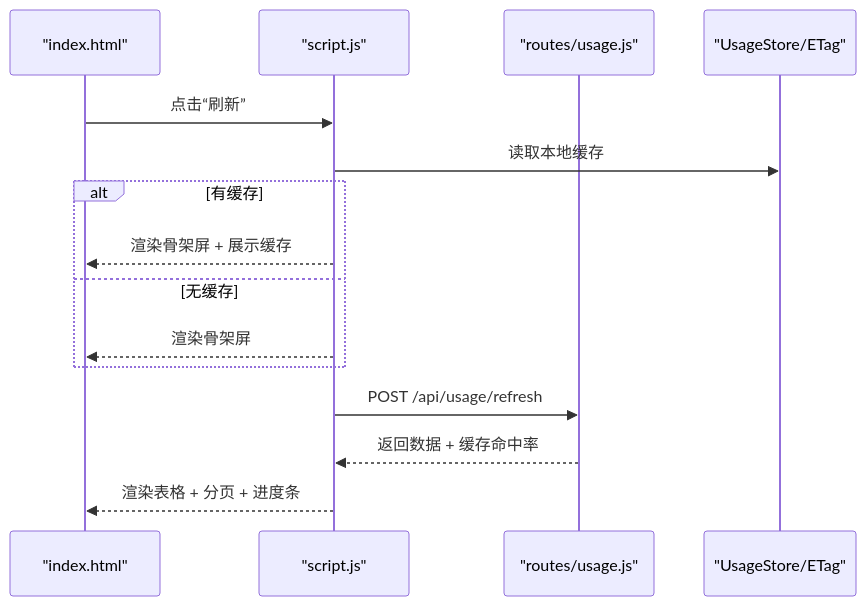
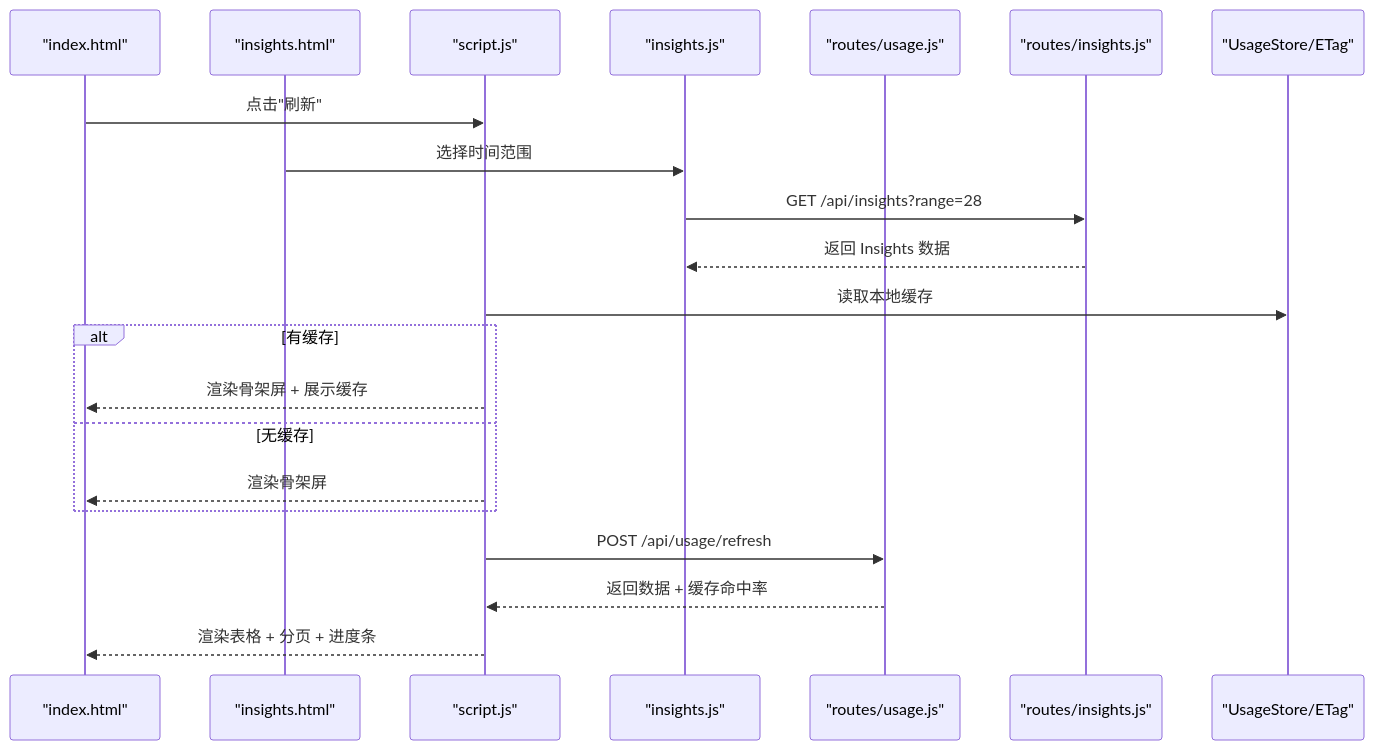
One commit to kissingwolf/CopilotEnterpriseUsageDisplay changed the tenth of 11 diagrams in .qoder/repowiki/zh/content/项目概述/项目介绍.md. Above: the diagram before and after it, drawn with Mermaid. The commit also changed other lines of this file and 4 other files, not shown here.

````diff
--- a/.qoder/repowiki/zh/content/项目概述/项目介绍.md
+++ b/.qoder/repowiki/zh/content/项目概述/项目介绍.md
@@ -322,17 +461,23 @@
 ```mermaid
 sequenceDiagram
 participant UI as "index.html"
+participant INSIGHTS as "insights.html"
 participant JS as "script.js"
+participant INSIGHTS_JS as "insights.js"
 participant API as "routes/usage.js"
+participant INSIGHTS_API as "routes/insights.js"
 participant Cache as "UsageStore/ETag"
-UI->>JS : 点击“刷新”
+UI->>JS : 点击"刷新"
+INSIGHTS->>INSIGHTS_JS : 选择时间范围
+INSIGHTS_JS->>INSIGHTS_API : GET /api/insights?range=28
+INSIGHTS_API-->>INSIGHTS_JS : 返回 Insights 数据
 JS->>Cache : 读取本地缓存
 alt 有缓存
 JS-->>UI : 渲染骨架屏 + 展示缓存
 else 无缓存
 JS-->>UI : 渲染骨架屏
 end
 JS->>API : POST /api/usage/refresh
 API-->>JS : 返回数据 + 缓存命中率
 JS-->>UI : 渲染表格 + 分页 + 进度条
 ```
````
